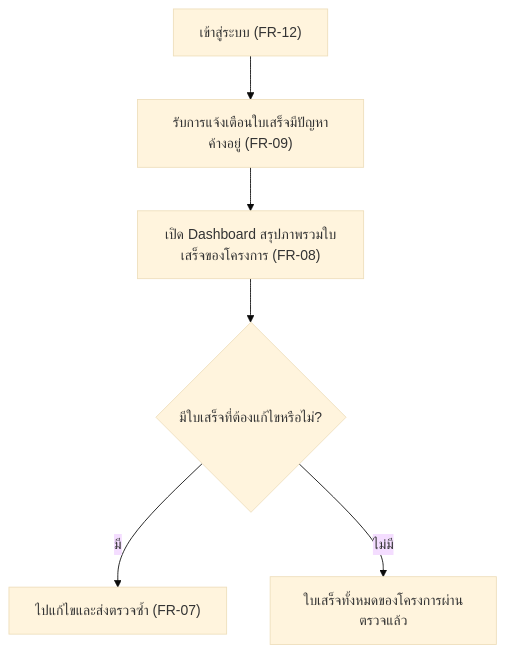
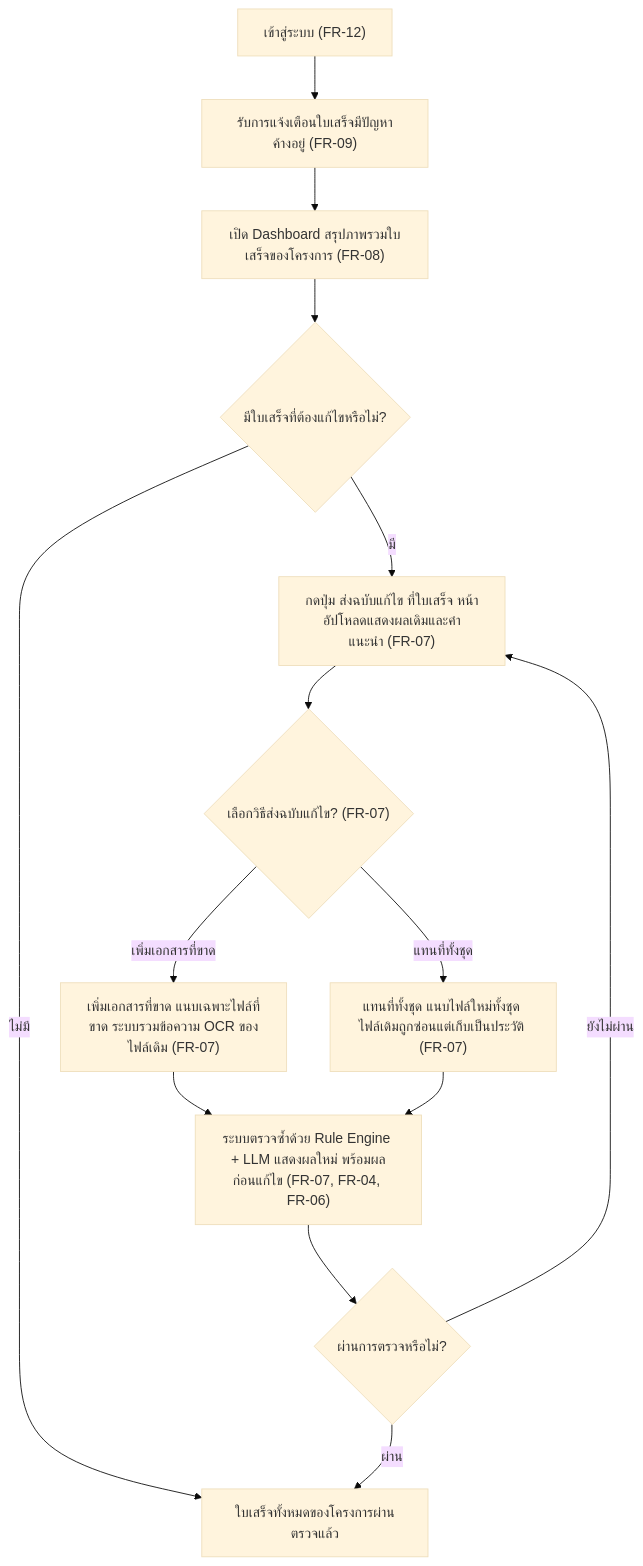
The second of 11 diagrams in docs/02-design/user-journey.md (ptrsswnr/Grant-Receipt-Assistant), drawn with Mermaid (base theme) before and after one commit. The commit also changed other lines of this file and 12 other files, not shown here.

````diff
--- a/docs/02-design/user-journey.md
+++ b/docs/02-design/user-journey.md
@@ -203,13 +198,23 @@
 ```mermaid
 flowchart TD
     A["เข้าสู่ระบบ (FR-12)"]
     B["รับการแจ้งเตือนใบเสร็จมีปัญหาค้างอยู่ (FR-09)"]
     C["เปิด Dashboard สรุปภาพรวมใบเสร็จของโครงการ (FR-08)"]
     D{"มีใบเสร็จที่ต้องแก้ไขหรือไม่?"}
-    E["ไปแก้ไขและส่งตรวจซ้ำ (FR-07)"]
+    E["กดปุ่ม ส่งฉบับแก้ไข ที่ใบเสร็จ หน้าอัปโหลดแสดงผลเดิมและคำแนะนำ (FR-07)"]
+    G{"เลือกวิธีส่งฉบับแก้ไข? (FR-07)"}
+    H["เพิ่มเอกสารที่ขาด แนบเฉพาะไฟล์ที่ขาด ระบบรวมข้อความ OCR ของไฟล์เดิม (FR-07)"]
+    I["แทนที่ทั้งชุด แนบไฟล์ใหม่ทั้งชุด ไฟล์เดิมถูกซ่อนแต่เก็บเป็นประวัติ (FR-07)"]
+    J["ระบบตรวจซ้ำด้วย Rule Engine + LLM แสดงผลใหม่ พร้อมผลก่อนแก้ไข (FR-07, FR-04, FR-06)"]
+    K{"ผ่านการตรวจหรือไม่?"}
     F["ใบเสร็จทั้งหมดของโครงการผ่านตรวจแล้ว"]
 
     A --> B --> C --> D
-    D -->|มี| E
+    D -->|มี| E --> G
     D -->|ไม่มี| F
+    G -->|เพิ่มเอกสารที่ขาด| H --> J
+    G -->|แทนที่ทั้งชุด| I --> J
+    J --> K
+    K -->|ผ่าน| F
+    K -->|ยังไม่ผ่าน| E
 ```
````
